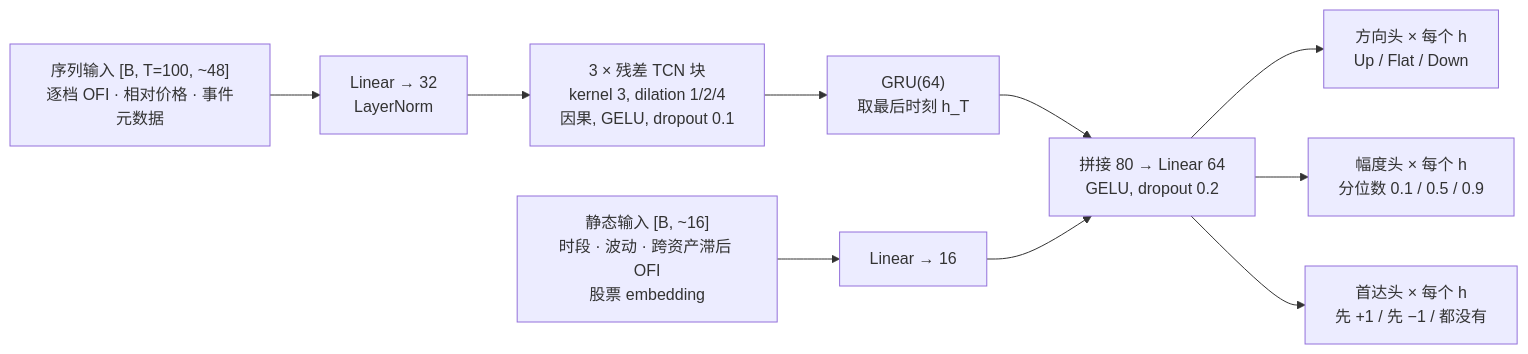
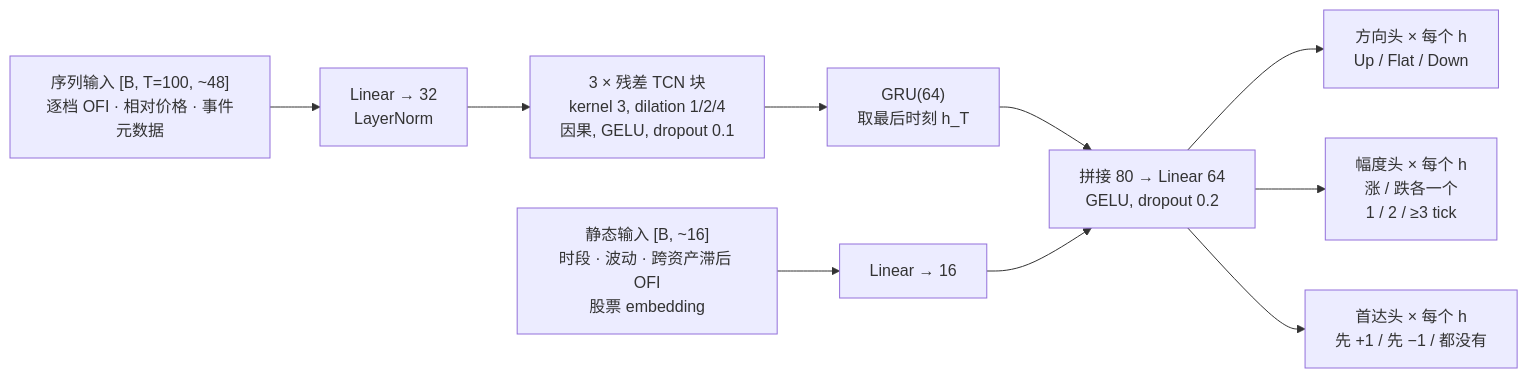
One commit to yangbrr17/deploy1020 changed the diagram in docs/signal-model/deep-learning.md. Above: the diagram before and after it, drawn with Mermaid. The commit also changed other lines of this file and 9 other files, not shown here.

````diff
--- a/docs/signal-model/deep-learning.md
+++ b/docs/signal-model/deep-learning.md
@@ -131,12 +135,12 @@
 ```mermaid
 flowchart LR
   S["序列输入 [B, T=100, ~48]<br/>逐档 OFI · 相对价格 · 事件元数据"] --> P["Linear → 32<br/>LayerNorm"]
   P --> T["3 × 残差 TCN 块<br/>kernel 3, dilation 1/2/4<br/>因果, GELU, dropout 0.1"]
   T --> G["GRU(64)<br/>取最后时刻 h_T"]
   ST["静态输入 [B, ~16]<br/>时段 · 波动 · 跨资产滞后 OFI<br/>股票 embedding"] --> SP["Linear → 16"]
   G --> C["拼接 80 → Linear 64<br/>GELU, dropout 0.2"]
   SP --> C
   C --> H1["方向头 × 每个 h<br/>Up / Flat / Down"]
-  C --> H2["幅度头 × 每个 h<br/>分位数 0.1 / 0.5 / 0.9"]
+  C --> H2["幅度头 × 每个 h<br/>涨 / 跌各一个<br/>1 / 2 / ≥3 tick"]
   C --> H3["首达头 × 每个 h<br/>先 +1 / 先 −1 / 都没有"]
 ```
````
